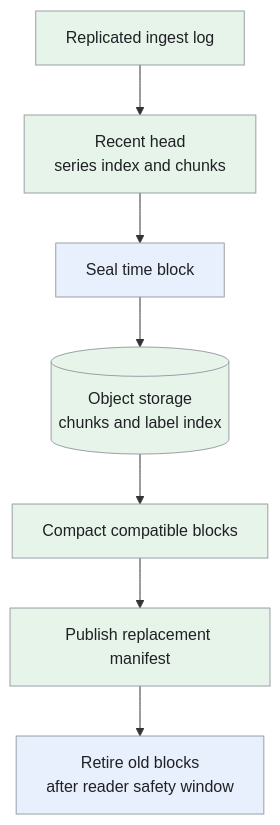
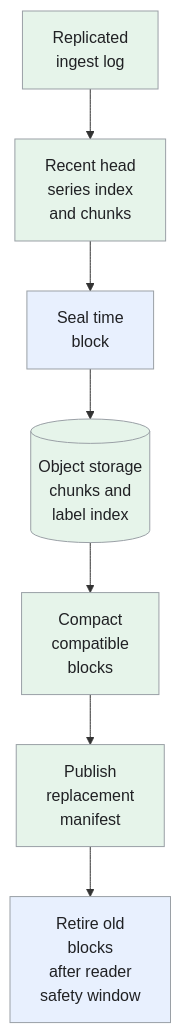
The fourth of 6 diagrams in _designs/system-design-metrics-monitoring.md (iliazlobin/iliazlobin.github.io), drawn with Mermaid before and after one commit. The commit also changed other lines of this file and 116 other files, not shown here.

````diff
--- a/_designs/system-design-metrics-monitoring.md
+++ b/_designs/system-design-metrics-monitoring.md
@@ -236,14 +263,14 @@
 ```mermaid
 flowchart TB
-    L["Replicated ingest log"] --> H["Recent head<br>series index and chunks"]
-    H --> S["Seal time block"]
-    S --> O[("Object storage<br>chunks and label index")]
-    O --> C["Compact compatible blocks"]
-    C --> M["Publish replacement manifest"]
-    M --> G["Retire old blocks<br>after reader safety window"]
+    L["Replicated<br>ingest log"] --> H["Recent head<br>series index<br>and chunks"]
+    H --> S["Seal time<br>block"]
+    S --> O[("Object storage<br>chunks and<br>label index")]
+    O --> C["Compact<br>compatible<br>blocks"]
+    C --> M["Publish<br>replacement<br>manifest"]
+    M --> G["Retire old<br>blocks<br>after reader<br>safety window"]
   classDef request fill:#e8f0fe,stroke:#9aa0a6,color:#202124,stroke-width:1px
   classDef background fill:#e6f4ea,stroke:#9aa0a6,color:#202124,stroke-width:1px
   classDef control fill:#fef7e0,stroke:#9aa0a6,color:#202124,stroke-width:1px
   class S,G request
   class L,H,O,C,M background
 ```
````
